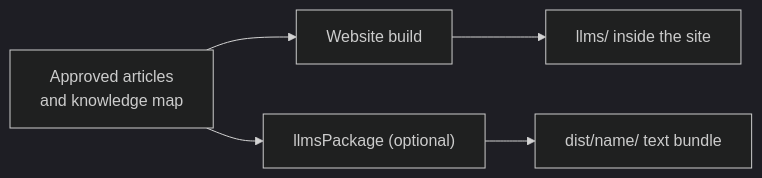
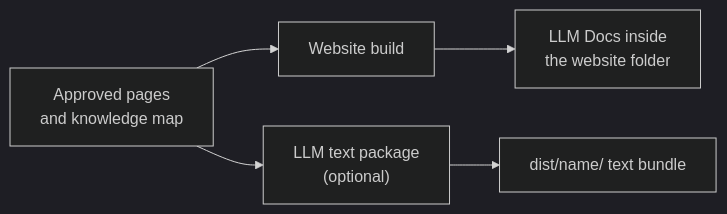
Before and after one commit to context4ai/portal: the diagram in knowledge/sop/outputs-and-sites/llm-docs.md, drawn with Mermaid (dark theme). The commit also changed other lines of this file and 129 other files, not shown here.

````diff
--- a/knowledge/sop/outputs-and-sites/llm-docs.md
+++ b/knowledge/sop/outputs-and-sites/llm-docs.md
@@ -13,7 +14,7 @@
 ```mermaid
 flowchart LR
-  approved["Approved articles<br/>and knowledge map"] --> site["Website build"]
-  approved --> llms["llmsPackage (optional)"]
-  site --> sitellms["llms/ inside the site"]
+  approved["Approved pages<br/>and knowledge map"] --> site["Website build"]
+  approved --> llms["LLM text package<br/>(optional)"]
+  site --> sitellms["LLM Docs inside<br/>the website folder"]
   llms --> pkg["dist/name/ text bundle"]
 ```
````
